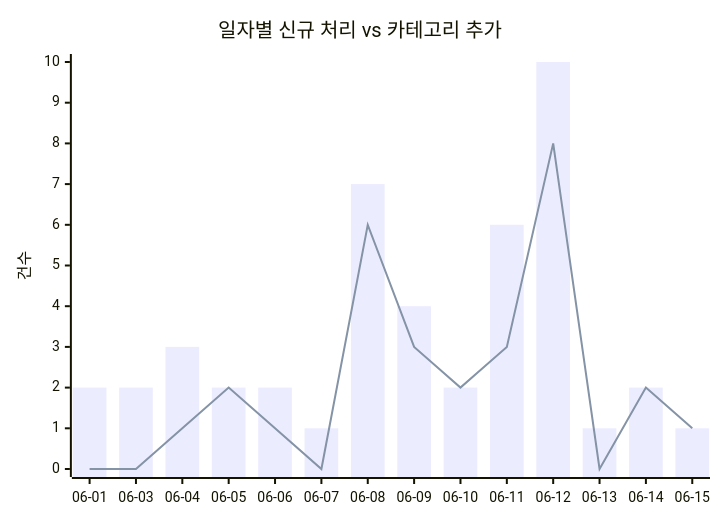
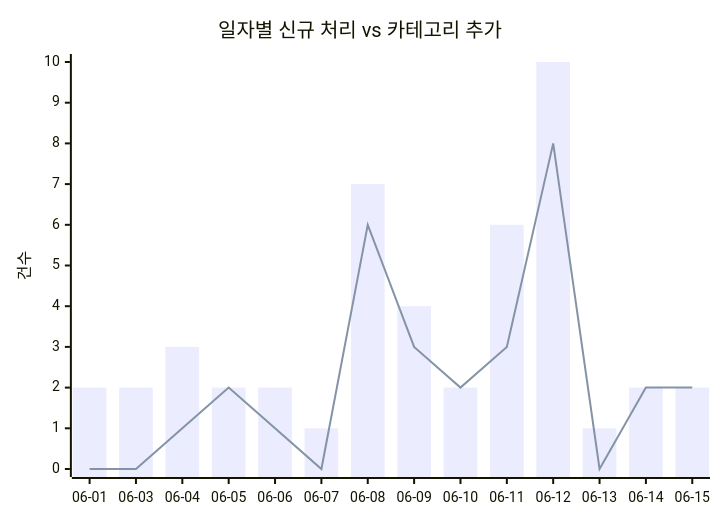
One commit to J-nowcow/awesome-korean-agent-skills changed the first of 2 diagrams in docs/trends.md. Above: the diagram before and after it, drawn with Mermaid. The commit also changed other lines of this file and 3 other files, not shown here.

````diff
--- a/docs/trends.md
+++ b/docs/trends.md
@@ -32,8 +32,8 @@
 ```mermaid
 xychart-beta
     title "일자별 신규 처리 vs 카테고리 추가"
     x-axis ["06-01","06-03","06-04","06-05","06-06","06-07","06-08","06-09","06-10","06-11","06-12","06-13","06-14","06-15"]
     y-axis "건수"
-    bar [2,2,3,2,2,1,7,4,2,6,10,1,2,1]
-    line [0,0,1,2,1,0,6,3,2,3,8,0,2,1]
+    bar [2,2,3,2,2,1,7,4,2,6,10,1,2,2]
+    line [0,0,1,2,1,0,6,3,2,3,8,0,2,2]
 ```
````
